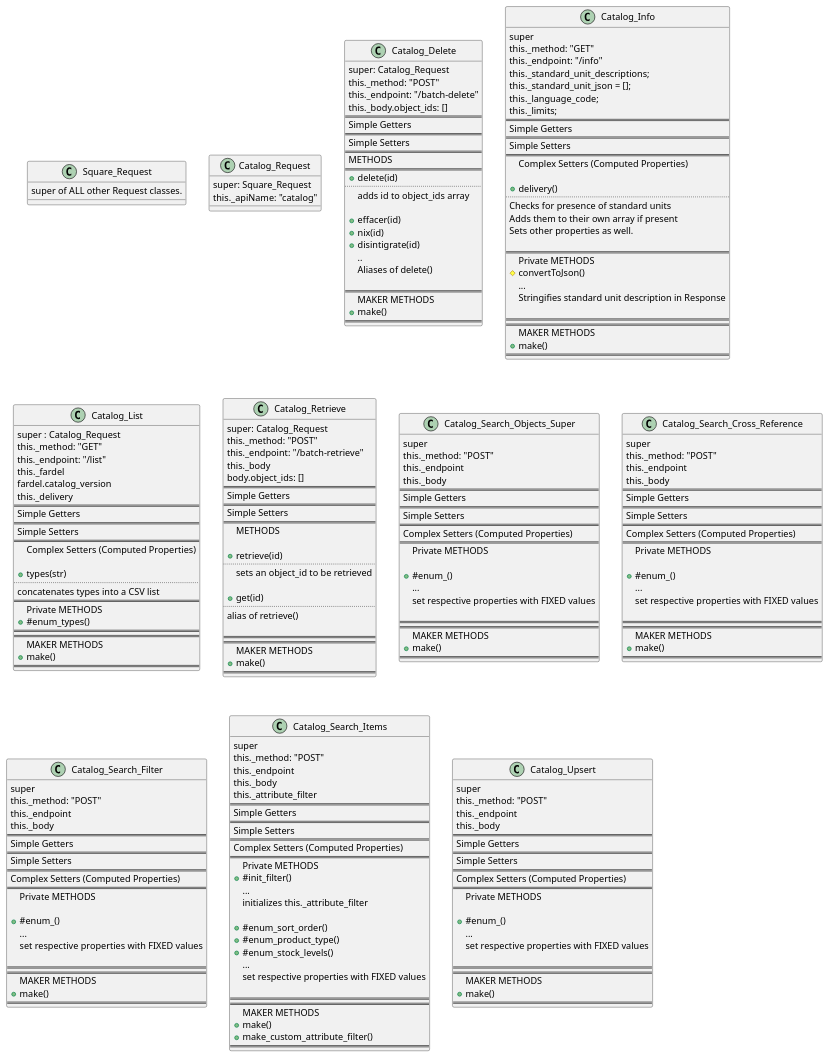
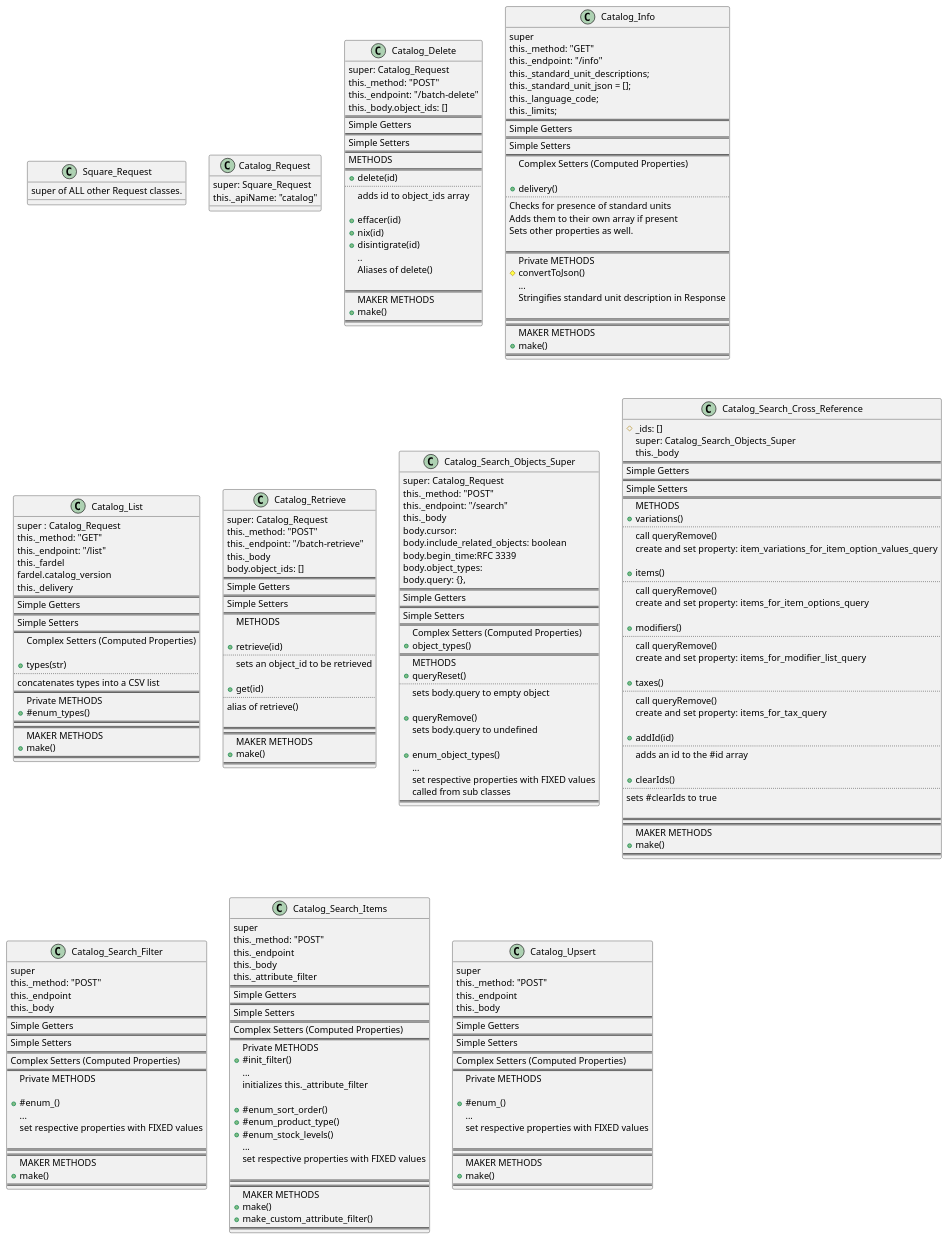
One commit to TwoFistedJustice/square-pie changed the diagram in docs/uml/catalog_request_pie.puml. Above: the diagram before and after it, drawn with PlantUML.

Commit message:
docs: diagram Catalog_Search_Cross_Reference

```diff
--- a/docs/uml/catalog_request_pie.puml
+++ b/docs/uml/catalog_request_pie.puml
@@ -130,47 +130,75 @@
 
 
 class Catalog_Search_Objects_Super {
-super
+super: Catalog_Request
 this._method: "POST"
-this._endpoint
+this._endpoint: "/search"
+this._body
+body.cursor:
+body.include_related_objects: boolean
+body.begin_time:RFC 3339
+body.object_types:
+body.query: {},
+==
+Simple Getters
+==
+Simple Setters
+==
+Complex Setters (Computed Properties)
++ object_types()
+==
+METHODS
++queryReset()
+..
+sets body.query to empty object
+
++queryRemove()
+sets body.query to undefined
+
++enum_object_types()
+...
+set respective properties with FIXED values
+called from sub classes
+==
+}
+
+class Catalog_Search_Cross_Reference{
+#_ids: []
+super: Catalog_Search_Objects_Super
 this._body
 ==
 Simple Getters
 ==
 Simple Setters
 ==
-Complex Setters (Computed Properties)
-==
-Private METHODS
+METHODS
++variations()
+..
+call queryRemove()
+create and set property: item_variations_for_item_option_values_query
 
-+#enum_()
-...
-set respective properties with FIXED values
++items()
+..
+call queryRemove()
+create and set property: items_for_item_options_query
 
-==
-==
-MAKER METHODS
-+ make()
-==
-}
++modifiers()
+..
+call queryRemove()
+create and set property: items_for_modifier_list_query
 
-class Catalog_Search_Cross_Reference{
-super
-this._method: "POST"
-this._endpoint
-this._body
-==
-Simple Getters
-==
-Simple Setters
-==
-Complex Setters (Computed Properties)
-==
-Private METHODS
++taxes()
+..
+call queryRemove()
+create and set property: items_for_tax_query
 
-+#enum_()
-...
-set respective properties with FIXED values
++addId(id)
+..
+adds an id to the #id array
+
++clearIds()
+..
+sets #clearIds to true
 
 ==
 ==
```
